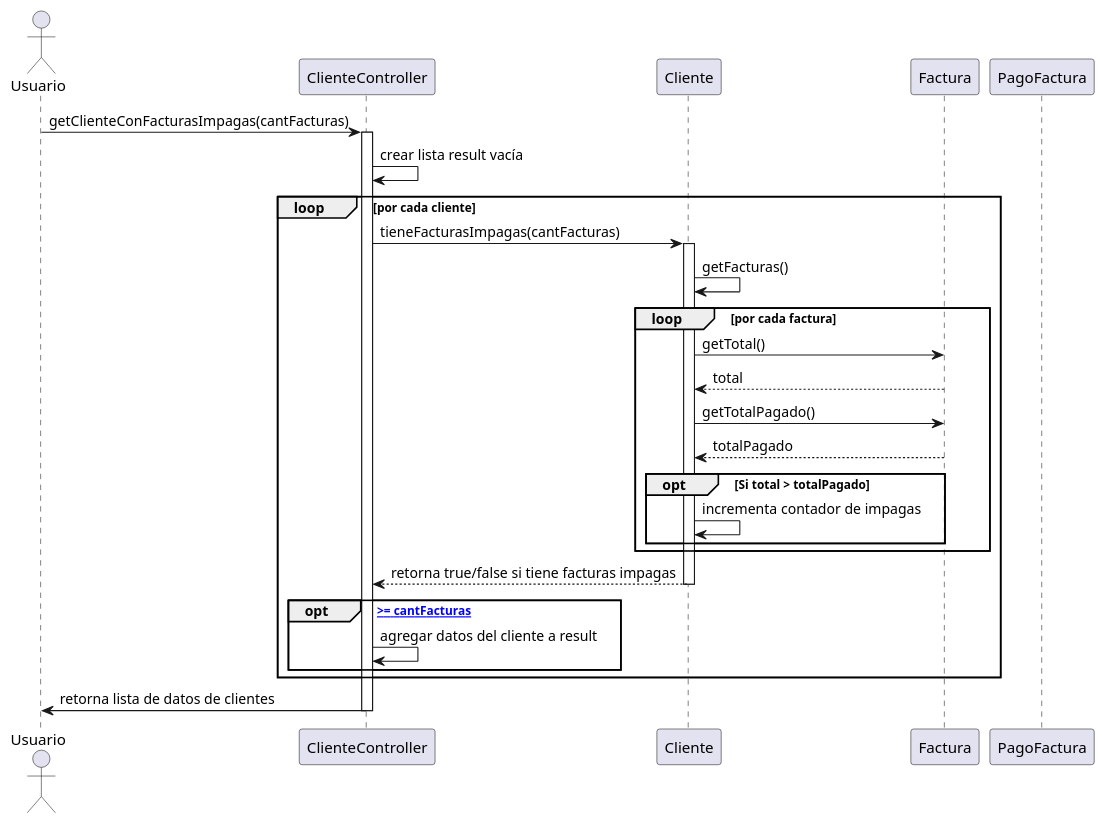
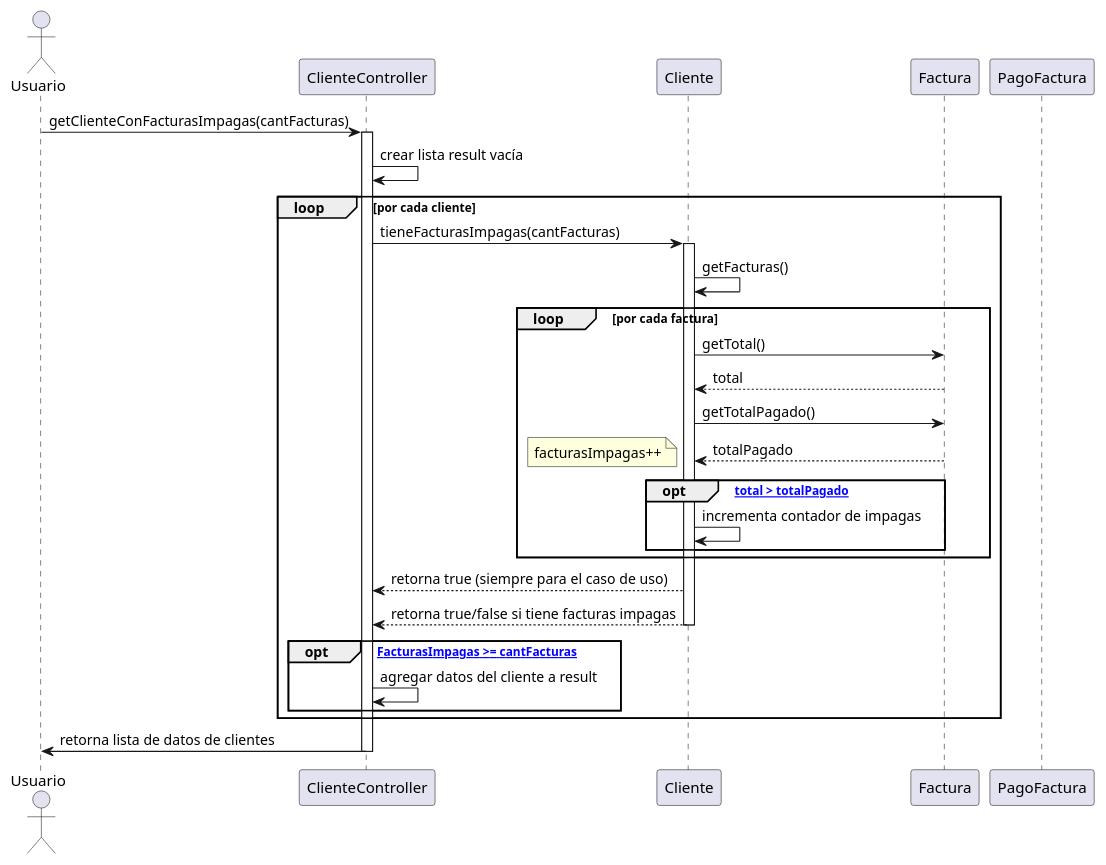
The diagram in src/main/java/diagrams/getCilenteConFacturasAdeudadas.puml (CoachEmilio/SimulacroPOO), drawn with PlantUML before and after one commit.

Commit message:
Final Update Sequence diagram Facturasimpagas>=cantFacturas and sign facturasImpagas++

```diff
--- a/src/main/java/diagrams/getCilenteConFacturasAdeudadas.puml
+++ b/src/main/java/diagrams/getCilenteConFacturasAdeudadas.puml
@@ -1,32 +1,34 @@
 @startuml
 actor Usuario
 participant ClienteController
 participant Cliente
 participant Factura
 participant PagoFactura
 
 Usuario -> ClienteController: getClienteConFacturasImpagas(cantFacturas)
 activate ClienteController
 ClienteController -> ClienteController: crear lista result vacía
 loop por cada cliente
     ClienteController -> Cliente: tieneFacturasImpagas(cantFacturas)
     activate Cliente
     Cliente -> Cliente: getFacturas()
     loop por cada factura
         Cliente -> Factura: getTotal()
         Factura --> Cliente: total
         Cliente -> Factura: getTotalPagado()
         Factura --> Cliente: totalPagado
-        opt Si total > totalPagado
+        opt [Si total > totalPagado]
+            note left: facturasImpagas++
             Cliente -> Cliente: incrementa contador de impagas
         end
     end
+    Cliente --> ClienteController: retorna true (siempre para el caso de uso)
     Cliente --> ClienteController: retorna true/false si tiene facturas impagas
     deactivate Cliente
-    opt [facturasImpagas >= cantFacturas]
+    opt [facturasImpagas FacturasImpagas >= cantFacturas]
         ClienteController -> ClienteController: agregar datos del cliente a result
     end
 end
 ClienteController -> Usuario: retorna lista de datos de clientes
 deactivate ClienteController
 @enduml
```
